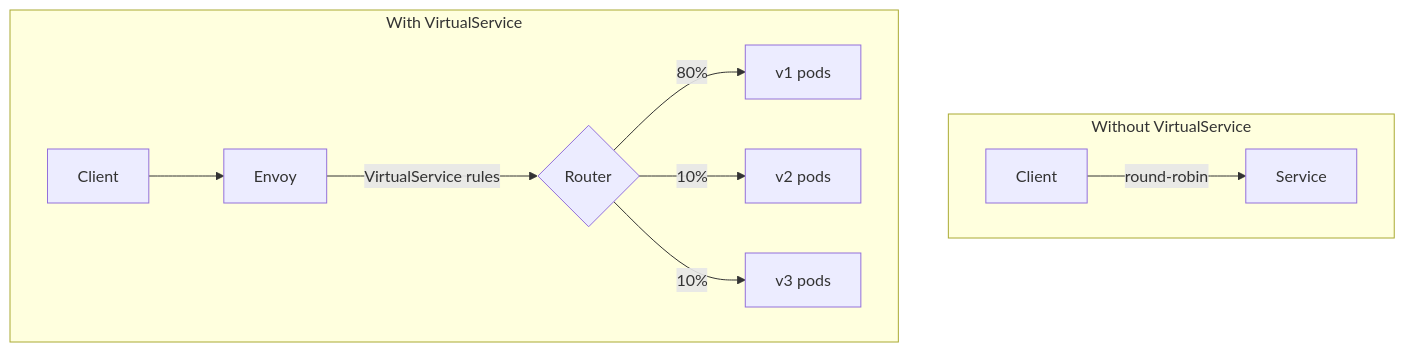
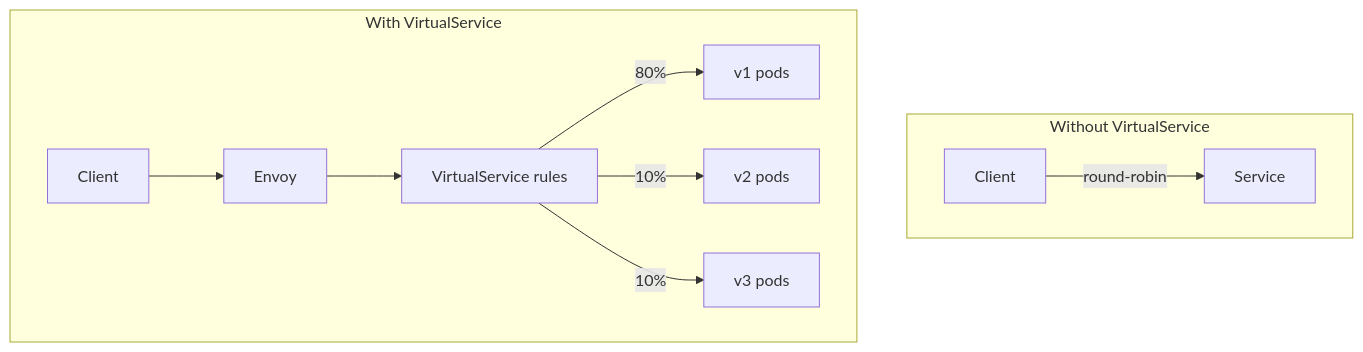
One commit to krisztiankoos/kubedojo changed the first of 3 diagrams in src/content/docs/k8s/ica/module-1.2-istio-traffic-management.md. Above: the diagram before and after it, drawn with Mermaid. The commit also changed other lines of this file, not shown here.

````diff
--- a/src/content/docs/k8s/ica/module-1.2-istio-traffic-management.md
+++ b/src/content/docs/k8s/ica/module-1.2-istio-traffic-management.md
@@ -103,13 +121,14 @@
 ```mermaid
-flowchart TD
+graph TD
     subgraph Without VirtualService
         C1[Client] -->|round-robin| S1[Service]
     end
+    
     subgraph With VirtualService
-        C2[Client] --> E[Envoy]
-        E -->|VirtualService rules| R{Router}
-        R -->|80%| P1[v1 pods]
-        R -->|10%| P2[v2 pods]
-        R -->|10%| P3[v3 pods]
+        C2[Client] --> E2[Envoy]
+        E2 --> VS[VirtualService rules]
+        VS -->|80%| P1[v1 pods]
+        VS -->|10%| P2[v2 pods]
+        VS -->|10%| P3[v3 pods]
     end
 ```
````
